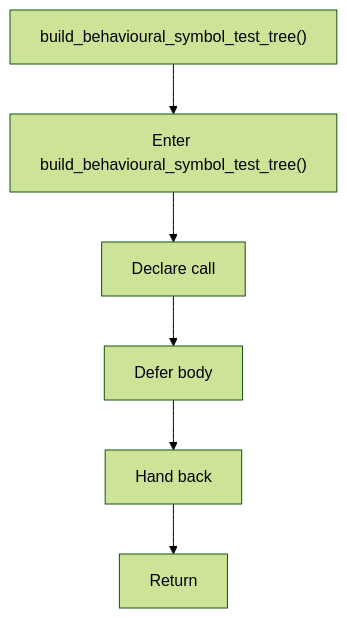
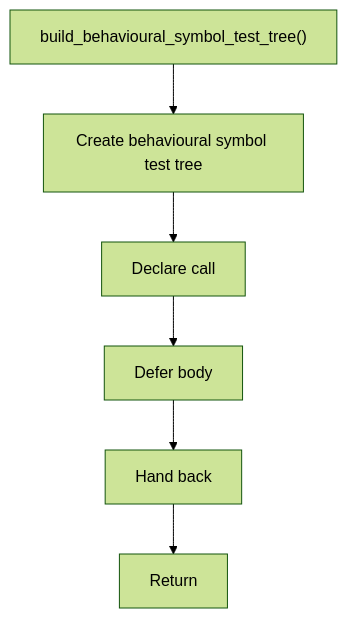
One commit to JohnAndrewBalbarosa/NeoTerritory changed the third of 4 diagrams in docs/Codebase/Microservice/Modules/Header/SyntacticBrokenAST/Analysis/Patterns/Behavioural/SymbolTest/core.hpp.md. Above: the diagram before and after it, drawn with Mermaid (forest theme). The commit also changed other lines of this file and 915 other files, not shown here.

````diff
--- a/docs/Codebase/Microservice/Modules/Header/SyntacticBrokenAST/Analysis/Patterns/Behavioural/SymbolTest/core.hpp.md
+++ b/docs/Codebase/Microservice/Modules/Header/SyntacticBrokenAST/Analysis/Patterns/Behavioural/SymbolTest/core.hpp.md
@@ -89,14 +88,14 @@
 ```mermaid
 flowchart TD
     Start["build_behavioural_symbol_test_tree()"]
-    N0["Enter build_behavioural_symbol_test_tree()"]
+    N0["Create behavioural symbol test tree"]
     N1["Declare call"]
     N2["Defer body"]
     N3["Hand back"]
     End["Return"]
     Start --> N0
     N0 --> N1
     N1 --> N2
     N2 --> N3
     N3 --> End
 ```
````
